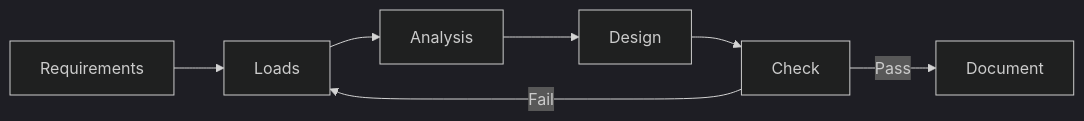
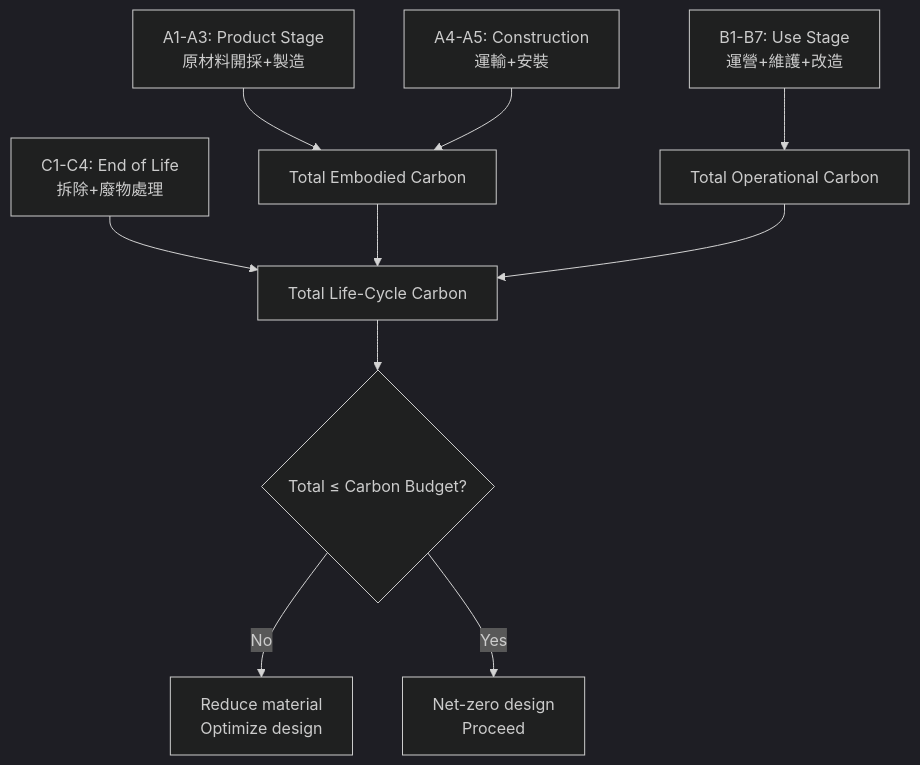
Before and after one commit to yip-lgtm/civil-bootcamp: the third of 10 diagrams in MIT_CEE_GDRs/1.013_Senior_CEE_Design_Capstone.md, drawn with Mermaid (dark theme). The commit also changed other lines of this file and 18 other files, not shown here.

````diff
--- a/MIT_CEE_GDRs/1.013_Senior_CEE_Design_Capstone.md
+++ b/MIT_CEE_GDRs/1.013_Senior_CEE_Design_Capstone.md
@@ -180,9 +224,12 @@
 ```mermaid
-graph LR
-    A[Requirements] --> B[Loads]
-    B --> C[Analysis]
-    C --> D[Design]
-    D --> E[Check]
-    E -->|Fail| B
-    E -->|Pass| F[Document]
+flowchart TD
+    A[A1-A3: Product Stage<br/>原材料開採+製造] --> E[Total Embodied Carbon]
+    B[A4-A5: Construction<br/>運輸+安裝] --> E
+    C[B1-B7: Use Stage<br/>運營+維護+改造] --> F[Total Operational Carbon]
+    D[C1-C4: End of Life<br/>拆除+廢物處理] --> G[Total Life-Cycle Carbon]
+    E --> G
+    F --> G
+    G --> H{Total ≤ Carbon Budget?}
+    H -->|No| I[Reduce material<br/>Optimize design]
+    H -->|Yes| J[Net-zero design<br/>Proceed]
 ```
````
